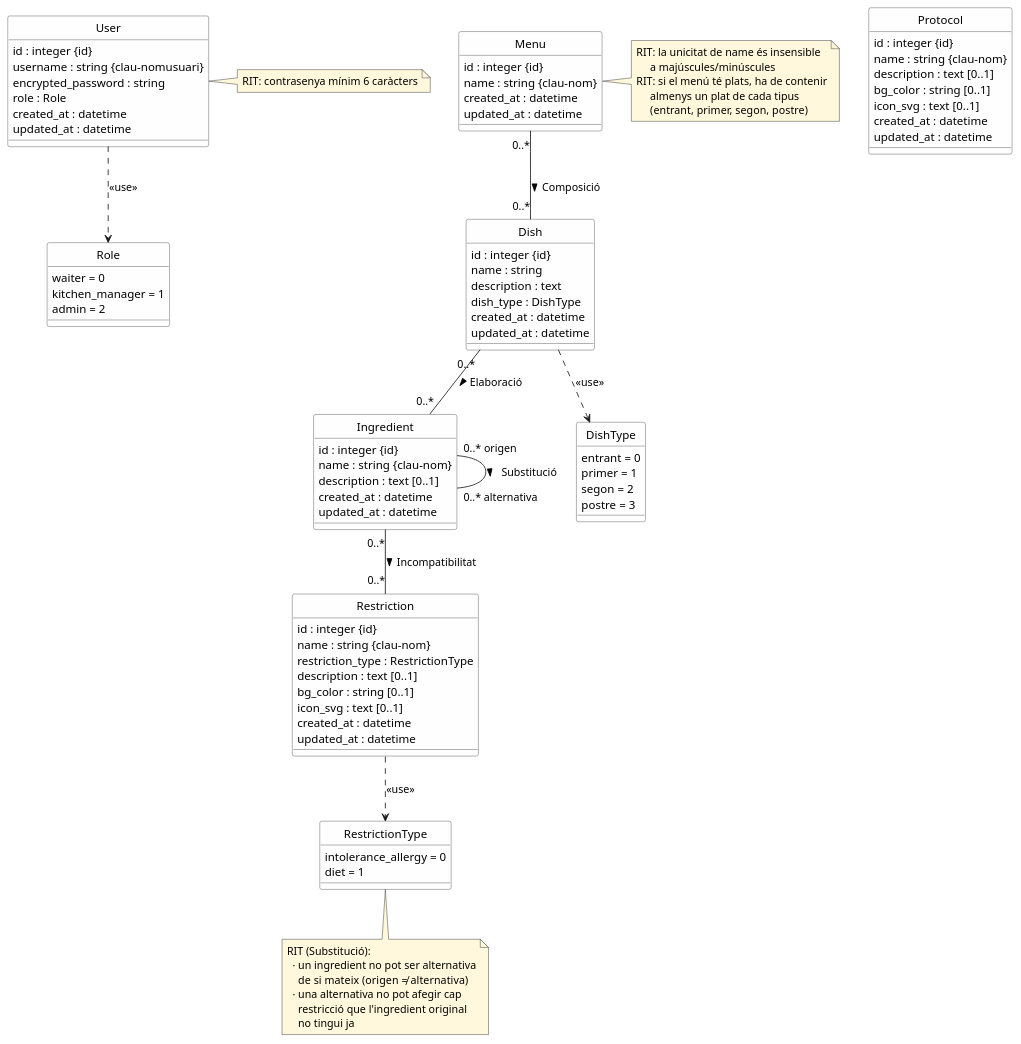
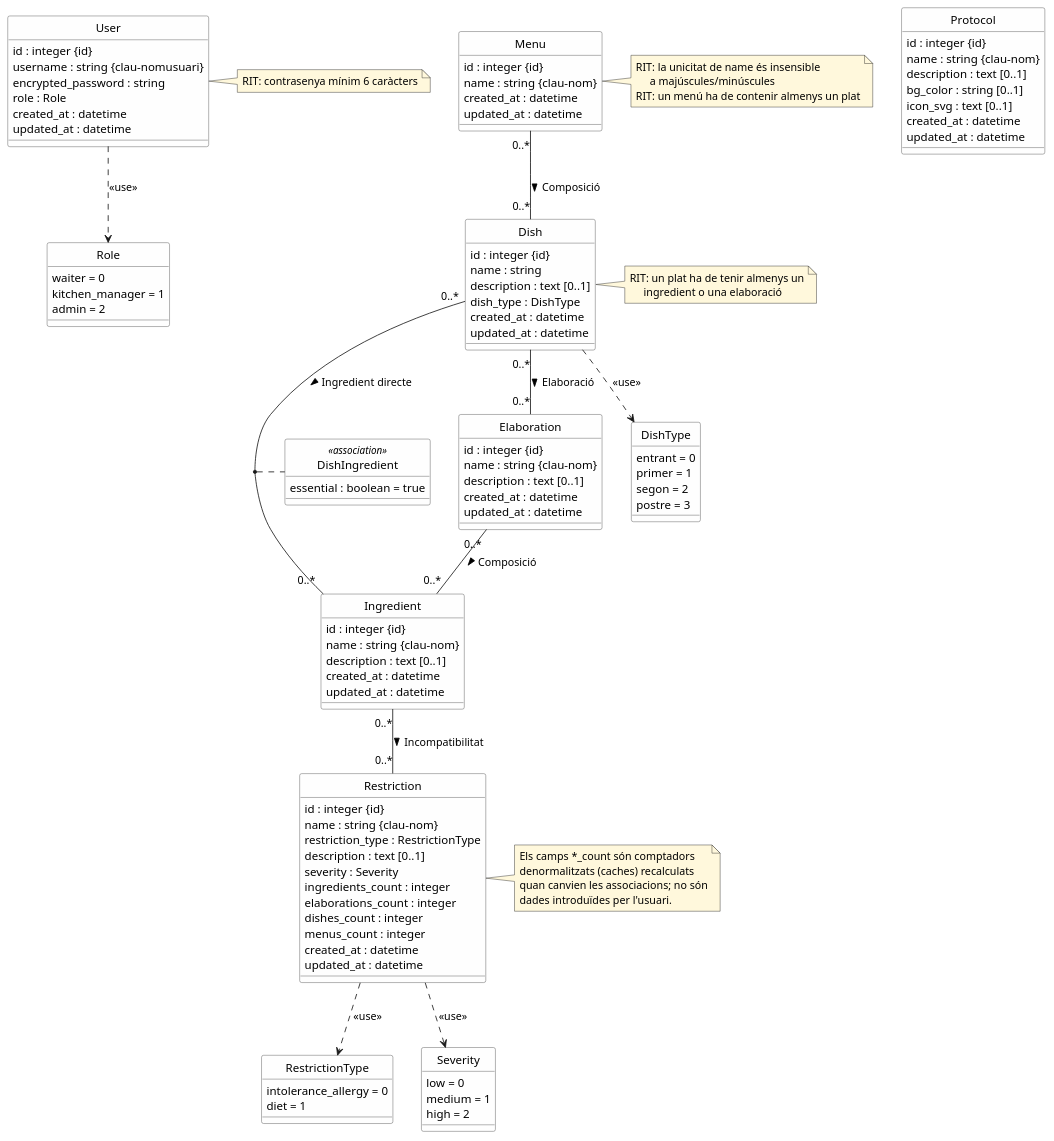
Before and after one commit to Magi-gb/Serf-APP: the diagram in doc/uml-class-diagram.puml, drawn with PlantUML.

Commit message:
Posa al dia el diagrama de classes UML segons l'esquema actual (Task #0)

```diff
--- a/doc/uml-class-diagram.puml
+++ b/doc/uml-class-diagram.puml
@@ -1,137 +1,161 @@
 @startuml Serf - Diagrama de classes
 
-' Generat a partir de db/schema.rb (versió 2026_05_11_140000)
+' Generat a partir de db/schema.rb (versió 2026_05_31_195303)
 ' Convencions:
 '   {id}         -> clau primària (a la dreta del tipus)
 '   {clau-xxx}   -> restricció UNIQUE (a la dreta del tipus)
 '   [0..1]       -> atribut opcional (a la dreta del tipus).
 '                   Tot atribut sense aquesta marca s'assumeix obligatori.
 '   RIT          -> Restricció d'Integritat Textual
 
 skinparam classAttributeIconSize 0
 skinparam classBackgroundColor #FEFEFE
 skinparam classBorderColor #444444
 skinparam noteBackgroundColor #FFF8DC
 hide circle
 
 ' ===========================================================================
 ' ENTITATS
 ' ===========================================================================
 
 class User {
   id : integer {id}
   username : string {clau-nomusuari}
   encrypted_password : string
   role : Role
   created_at : datetime
   updated_at : datetime
 }
 note right of User
   RIT: contrasenya mínim 6 caràcters
 end note
 
 class Menu {
   id : integer {id}
   name : string {clau-nom}
   created_at : datetime
   updated_at : datetime
 }
 note right of Menu
   RIT: la unicitat de name és insensible
        a majúscules/minúscules
-  RIT: si el menú té plats, ha de contenir
-       almenys un plat de cada tipus
-       (entrant, primer, segon, postre)
+  RIT: un menú ha de contenir almenys un plat
 end note
 
 class Dish {
   id : integer {id}
   name : string
-  description : text
+  description : text [0..1]
   dish_type : DishType
+  created_at : datetime
+  updated_at : datetime
+}
+note right of Dish
+  RIT: un plat ha de tenir almenys un
+       ingredient o una elaboració
+end note
+
+class Elaboration {
+  id : integer {id}
+  name : string {clau-nom}
+  description : text [0..1]
   created_at : datetime
   updated_at : datetime
 }
 
 class Ingredient {
   id : integer {id}
   name : string {clau-nom}
   description : text [0..1]
   created_at : datetime
   updated_at : datetime
 }
 
 class Restriction {
   id : integer {id}
   name : string {clau-nom}
   restriction_type : RestrictionType
   description : text [0..1]
-  bg_color : string [0..1]
-  icon_svg : text [0..1]
+  severity : Severity
+  ingredients_count : integer
+  elaborations_count : integer
+  dishes_count : integer
+  menus_count : integer
   created_at : datetime
   updated_at : datetime
 }
+note right of Restriction
+  Els camps *_count són comptadors
+  denormalitzats (caches) recalculats
+  quan canvien les associacions; no són
+  dades introduïdes per l'usuari.
+end note
 
 class Protocol {
   id : integer {id}
   name : string {clau-nom}
   description : text [0..1]
   bg_color : string [0..1]
   icon_svg : text [0..1]
   created_at : datetime
   updated_at : datetime
 }
 
 ' ===========================================================================
 ' ENUMERACIONS
 ' ===========================================================================
 ' A nivell de BD es desen com enters; aquí es modelen com a tipus
 ' enumerats per fer explícits els valors permesos. La correspondència
 ' enter ↔ símbol és la mateixa que defineixen els `enum` d'ActiveRecord.
 
 enum Role {
   waiter = 0
   kitchen_manager = 1
   admin = 2
 }
 
 enum DishType {
   entrant = 0
   primer = 1
   segon = 2
   postre = 3
 }
 
 enum RestrictionType {
   intolerance_allergy = 0
   diet = 1
 }
 
+enum Severity {
+  low = 0
+  medium = 1
+  high = 2
+}
+
 User ..> Role : << use >>
 Dish ..> DishType : << use >>
 Restriction ..> RestrictionType : << use >>
+Restriction ..> Severity : << use >>
 
 ' ===========================================================================
 ' ASSOCIACIONS N..N (nom en català + cardinalitats)
 ' ===========================================================================
 
 Menu "0..*" -- "0..*" Dish : Composició >
 
-Dish "0..*" -- "0..*" Ingredient : Elaboració >
+' Un plat es construeix amb ingredients directes i/o elaboracions.
+Dish "0..*" -- "0..*" Ingredient : Ingredient directe >
+Dish "0..*" -- "0..*" Elaboration : Elaboració >
+
+' L'atribut `essential` distingeix els ingredients bloquejants dels
+' substituïbles dins d'un plat: és la regla de domini clau del sistema.
+class DishIngredient <<association>> {
+  essential : boolean = true
+}
+(Dish, Ingredient) .. DishIngredient
+
+Elaboration "0..*" -- "0..*" Ingredient : Composició >
 
 Ingredient "0..*" -- "0..*" Restriction : Incompatibilitat >
 
-' Associació autoreferencial: un ingredient pot ser substituït per
-' diversos ingredients alternatius, i alhora pot fer d'alternativa
-' per a molts altres.
-Ingredient "0..* origen" -- "0..* alternativa" Ingredient : Substitució >
-note bottom
-  RIT (Substitució):
-    · un ingredient no pot ser alternativa
-      de si mateix (origen ≠ alternativa)
-    · una alternativa no pot afegir cap
-      restricció que l'ingredient original
-      no tingui ja
-end note
-
 @enduml
```
